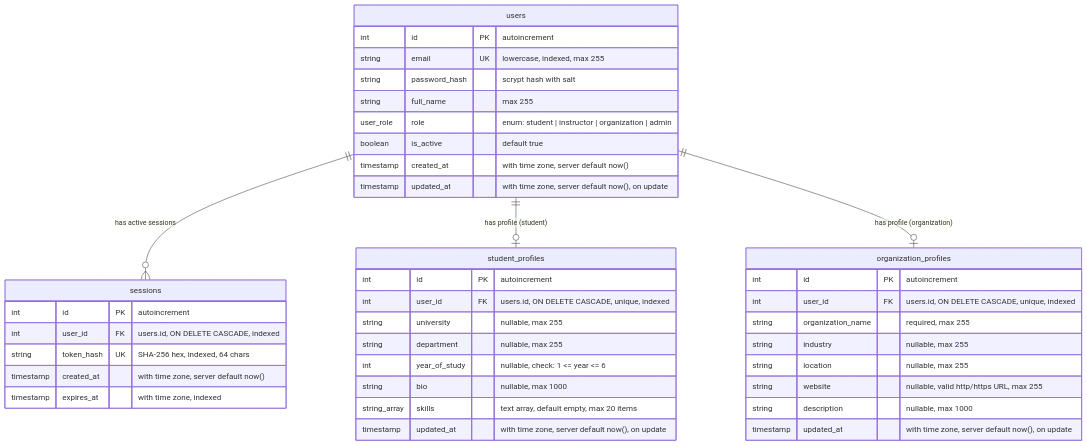
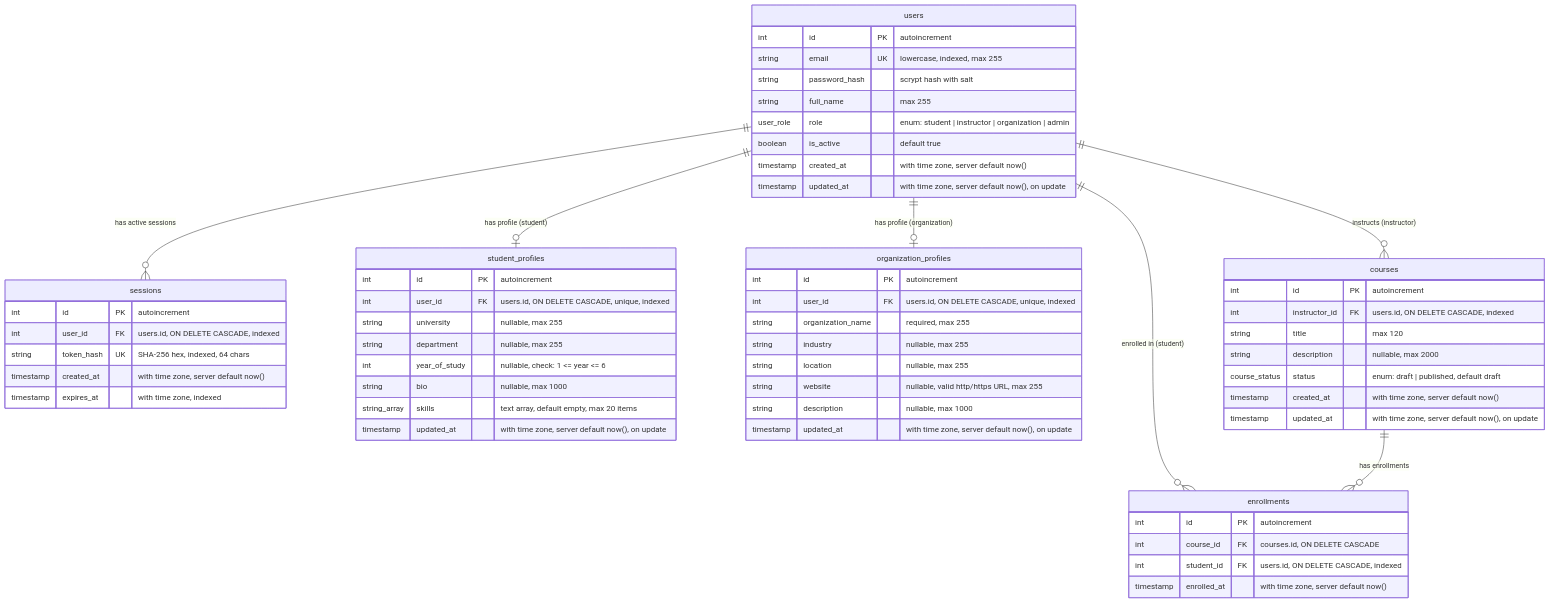
The diagram in docs/database.md (adexo-77/university-internship-platform), drawn with Mermaid before and after one commit. The commit also changed other lines of this file and 2 other files, not shown here.

Commit message:
docs: update database, architecture, and readme for phase 3

````diff
--- a/docs/database.md
+++ b/docs/database.md
@@ -9,47 +9,67 @@
 ```mermaid
 erDiagram
     users ||--o{ sessions : "has active sessions"
     users ||--o| student_profiles : "has profile (student)"
     users ||--o| organization_profiles : "has profile (organization)"
+    users ||--o{ courses : "instructs (instructor)"
+    users ||--o{ enrollments : "enrolled in (student)"
+    courses ||--o{ enrollments : "has enrollments"
 
     users {
         int id PK "autoincrement"
         string email UK "lowercase, indexed, max 255"
         string password_hash "scrypt hash with salt"
         string full_name "max 255"
         user_role role "enum: student | instructor | organization | admin"
         boolean is_active "default true"
         timestamp created_at "with time zone, server default now()"
         timestamp updated_at "with time zone, server default now(), on update"
     }
 
     sessions {
         int id PK "autoincrement"
         int user_id FK "users.id, ON DELETE CASCADE, indexed"
         string token_hash UK "SHA-256 hex, indexed, 64 chars"
         timestamp created_at "with time zone, server default now()"
         timestamp expires_at "with time zone, indexed"
     }
 
     student_profiles {
         int id PK "autoincrement"
         int user_id FK "users.id, ON DELETE CASCADE, unique, indexed"
         string university "nullable, max 255"
         string department "nullable, max 255"
         int year_of_study "nullable, check: 1 <= year <= 6"
         string bio "nullable, max 1000"
         string_array skills "text array, default empty, max 20 items"
         timestamp updated_at "with time zone, server default now(), on update"
     }
 
     organization_profiles {
         int id PK "autoincrement"
         int user_id FK "users.id, ON DELETE CASCADE, unique, indexed"
         string organization_name "required, max 255"
         string industry "nullable, max 255"
         string location "nullable, max 255"
         string website "nullable, valid http/https URL, max 255"
         string description "nullable, max 1000"
         timestamp updated_at "with time zone, server default now(), on update"
     }
+
+    courses {
+        int id PK "autoincrement"
+        int instructor_id FK "users.id, ON DELETE CASCADE, indexed"
+        string title "max 120"
+        string description "nullable, max 2000"
+        course_status status "enum: draft | published, default draft"
+        timestamp created_at "with time zone, server default now()"
+        timestamp updated_at "with time zone, server default now(), on update"
+    }
+
+    enrollments {
+        int id PK "autoincrement"
+        int course_id FK "courses.id, ON DELETE CASCADE"
+        int student_id FK "users.id, ON DELETE CASCADE, indexed"
+        timestamp enrolled_at "with time zone, server default now()"
+    }
 ```
````
